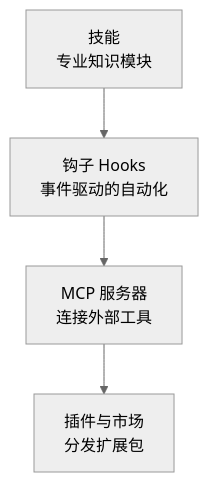
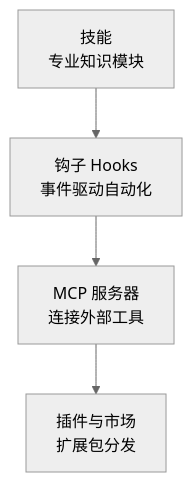
The diagram in docs-site/content/zh/claude-code/extensibility/_index.md (modu-ai/moai-adk), drawn with Mermaid (neutral theme) before and after one commit. The commit also changed other lines of this file and 395 other files, not shown here.

````diff
--- a/docs-site/content/zh/claude-code/extensibility/_index.md
+++ b/docs-site/content/zh/claude-code/extensibility/_index.md
@@ -16,6 +18,6 @@
 ```mermaid
 flowchart TD
-    A[技能<br/>专业知识模块] --> B[钩子 Hooks<br/>事件驱动的自动化]
+    A[技能<br/>专业知识模块] --> B[钩子 Hooks<br/>事件驱动自动化]
     B --> C[MCP 服务器<br/>连接外部工具]
-    C --> D[插件与市场<br/>分发扩展包]
+    C --> D[插件与市场<br/>扩展包分发]
 ```
````
